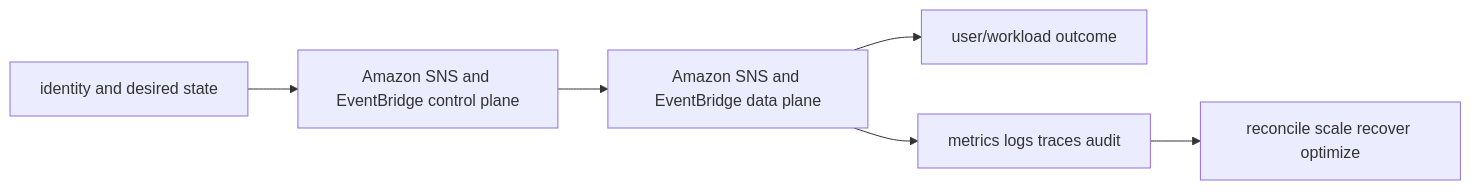
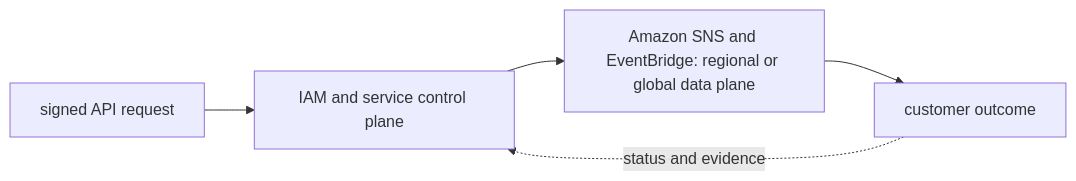
One commit to tomkidumbuyo/DevOps-interview-preparation changed the diagram in 07-aws/08-messaging-serverless/02-sns-eventbridge/README.md. Above: the diagram before and after it, drawn with Mermaid. The commit also changed other lines of this file and 753 other files, not shown here.

````diff
--- a/07-aws/08-messaging-serverless/02-sns-eventbridge/README.md
+++ b/07-aws/08-messaging-serverless/02-sns-eventbridge/README.md
@@ -19,8 +31,7 @@
 ```mermaid
 flowchart LR
-  I[identity and desired state] --> C[Amazon SNS and EventBridge control plane]
-  C --> D[Amazon SNS and EventBridge data plane]
-  D --> U[user/workload outcome]
-  D --> O[metrics logs traces audit]
-  O --> R[reconcile scale recover optimize]
+  A["signed API request"] --> B["IAM and service control plane"]
+  B --> C["Amazon SNS and EventBridge: regional or global data plane"]
+  C --> D["customer outcome"]
+  D -. "status and evidence" .-> B
 ```
````
